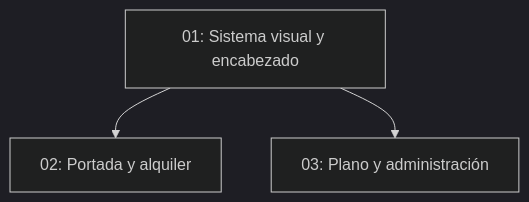
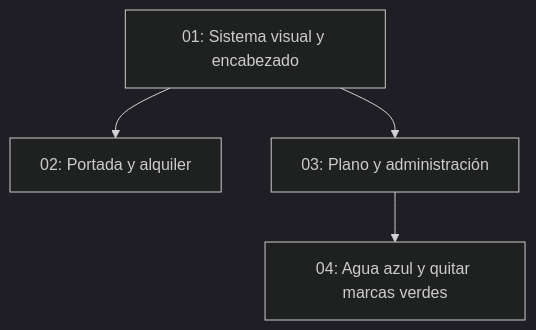
The diagram in specs/diseno-coherente/README.md (Julianchoo/palmerina-comercial), drawn with Mermaid (dark theme) before and after one commit. The commit also changed other lines of this file and 6 other files, not shown here.

````diff
--- a/specs/diseno-coherente/README.md
+++ b/specs/diseno-coherente/README.md
@@ -14,5 +14,6 @@
 ```mermaid
 graph TD
   T1[01: Sistema visual y encabezado] --> T2[02: Portada y alquiler]
   T1 --> T3[03: Plano y administración]
+  T3 --> T4[04: Agua azul y quitar marcas verdes]
 ```
````
